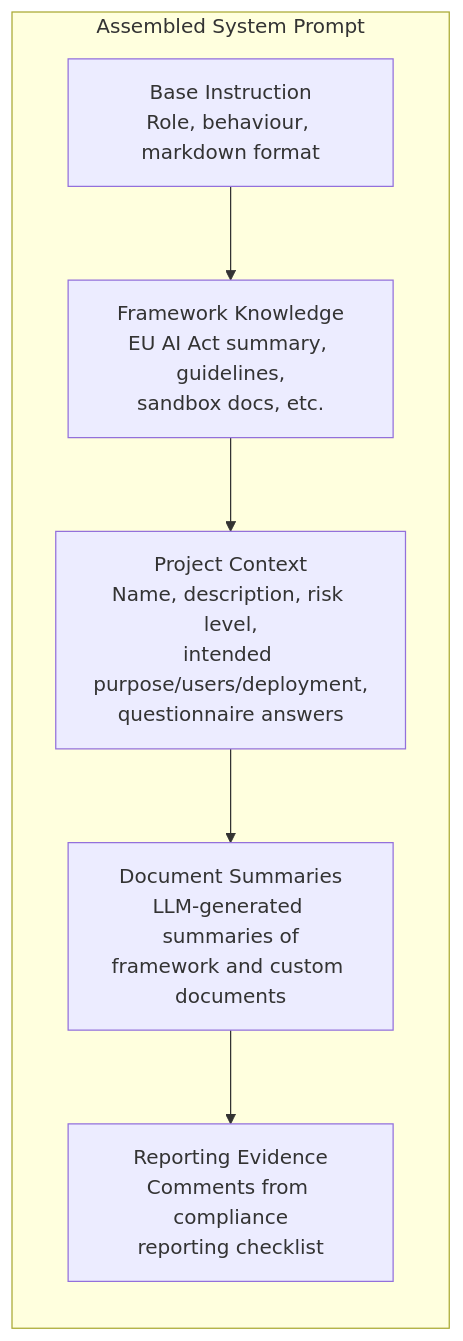
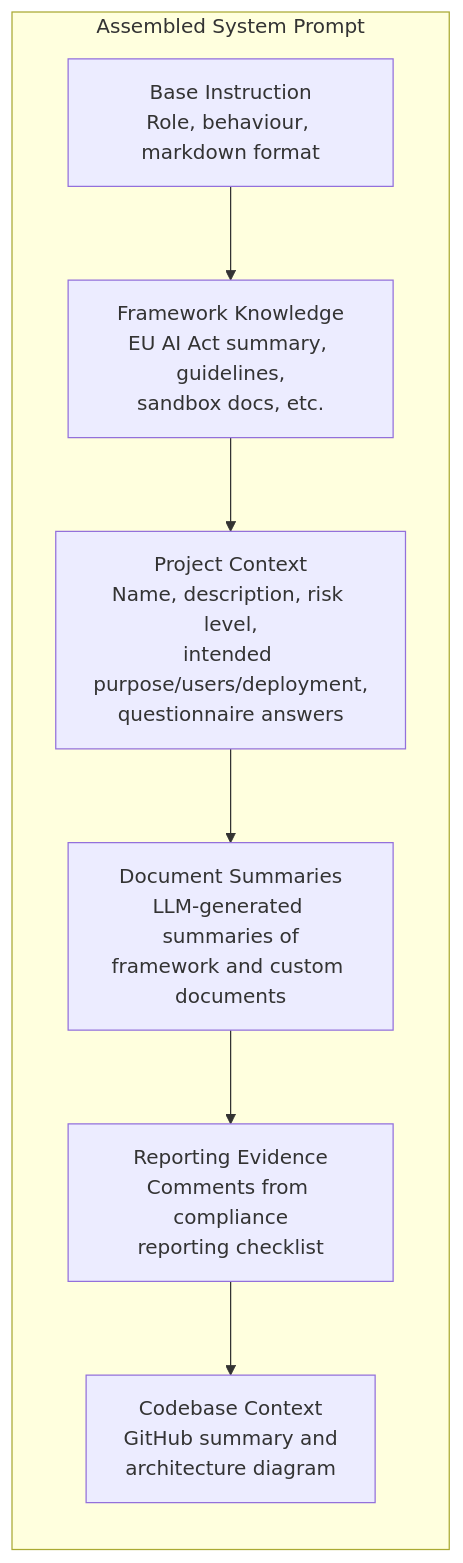
One commit to airbus/norma changed the second of 3 diagrams in docs/chat-agent.md. Above: the diagram before and after it, drawn with Mermaid. The commit also changed other lines of this file and 11 other files, not shown here.

````diff
--- a/docs/chat-agent.md
+++ b/docs/chat-agent.md
@@ -63,15 +65,17 @@
 ```mermaid
 flowchart LR
     subgraph Assembled System Prompt
         direction TB
         BASE[Base Instruction<br/>Role, behaviour, markdown format]
         BASE --> FW_SECTION
         FW_SECTION[Framework Knowledge<br/>EU AI Act summary, guidelines,<br/>sandbox docs, etc.]
         FW_SECTION --> PROJ_SECTION
         PROJ_SECTION[Project Context<br/>Name, description, risk level,<br/>intended purpose/users/deployment,<br/>questionnaire answers]
         PROJ_SECTION --> DOC_SECTION
         DOC_SECTION[Document Summaries<br/>LLM-generated summaries of<br/>framework and custom documents]
         DOC_SECTION --> RPT_SECTION
         RPT_SECTION[Reporting Evidence<br/>Comments from compliance<br/>reporting checklist]
+        RPT_SECTION --> GH_SECTION
+        GH_SECTION[Codebase Context<br/>GitHub summary and<br/>architecture diagram]
     end
 ```
````
